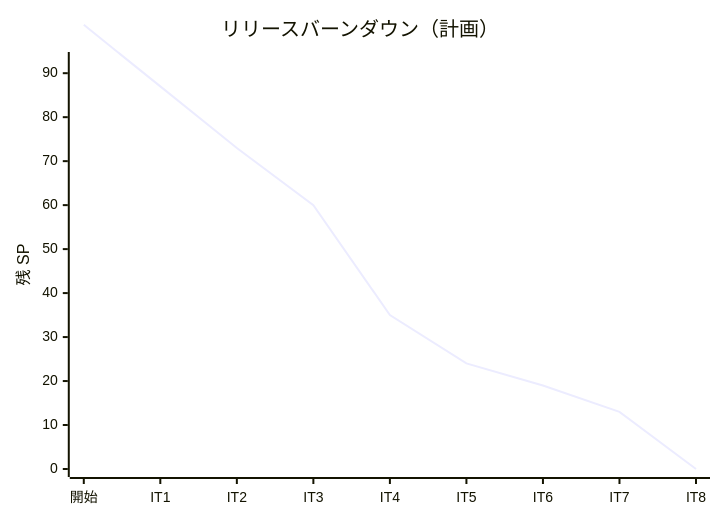
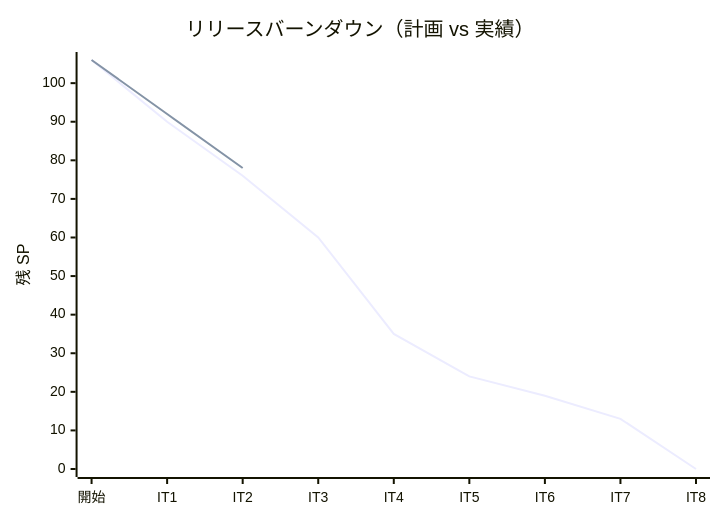
One commit to k2works/case-study-cargo-tracker changed the third of 3 diagrams in docs/development/release_plan.md. Above: the diagram before and after it, drawn with Mermaid. The commit also changed other lines of this file and 7 other files, not shown here.

````diff
--- a/docs/development/release_plan.md
+++ b/docs/development/release_plan.md
@@ -411,7 +411,8 @@
 ```mermaid
 xychart-beta
-    title "リリースバーンダウン（計画）"
+    title "リリースバーンダウン（計画 vs 実績）"
     x-axis ["開始", "IT1", "IT2", "IT3", "IT4", "IT5", "IT6", "IT7", "IT8"]
-    y-axis "残 SP" 0 --> 93
-    line "計画" [101, 87, 73, 60, 35, 24, 19, 13, 0]
+    y-axis "残 SP" 0 --> 106
+    line "計画" [106, 90, 76, 60, 35, 24, 19, 13, 0]
+    line "実績" [106, 92, 78]
 ```
````
